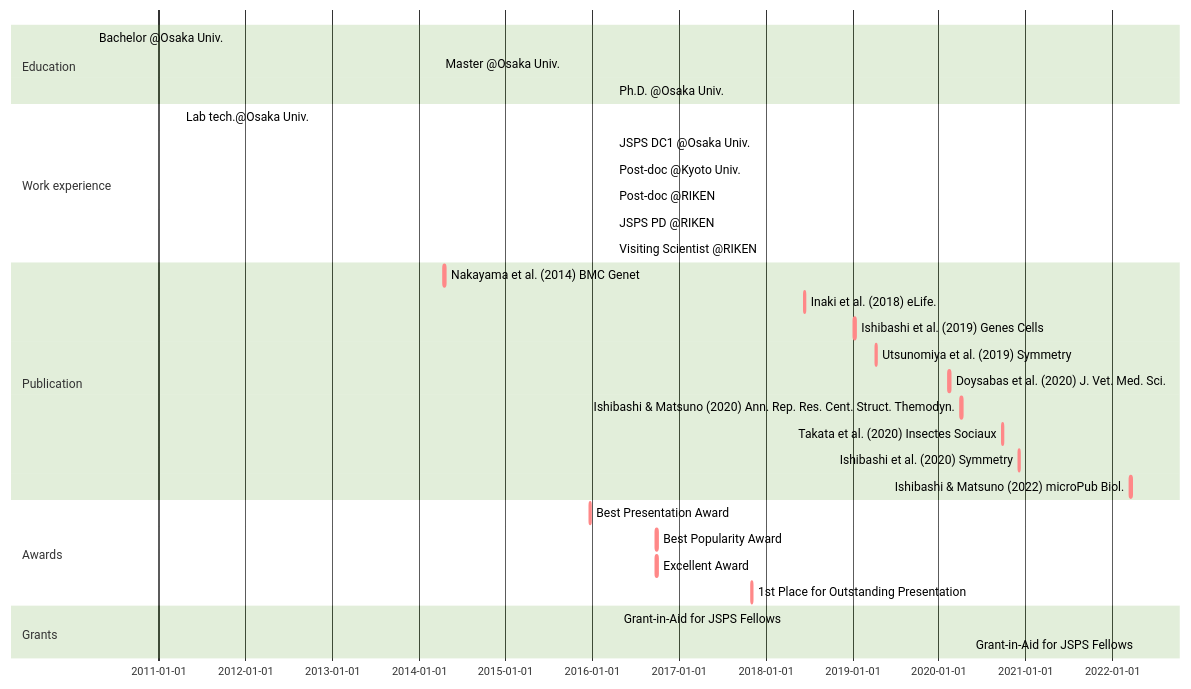
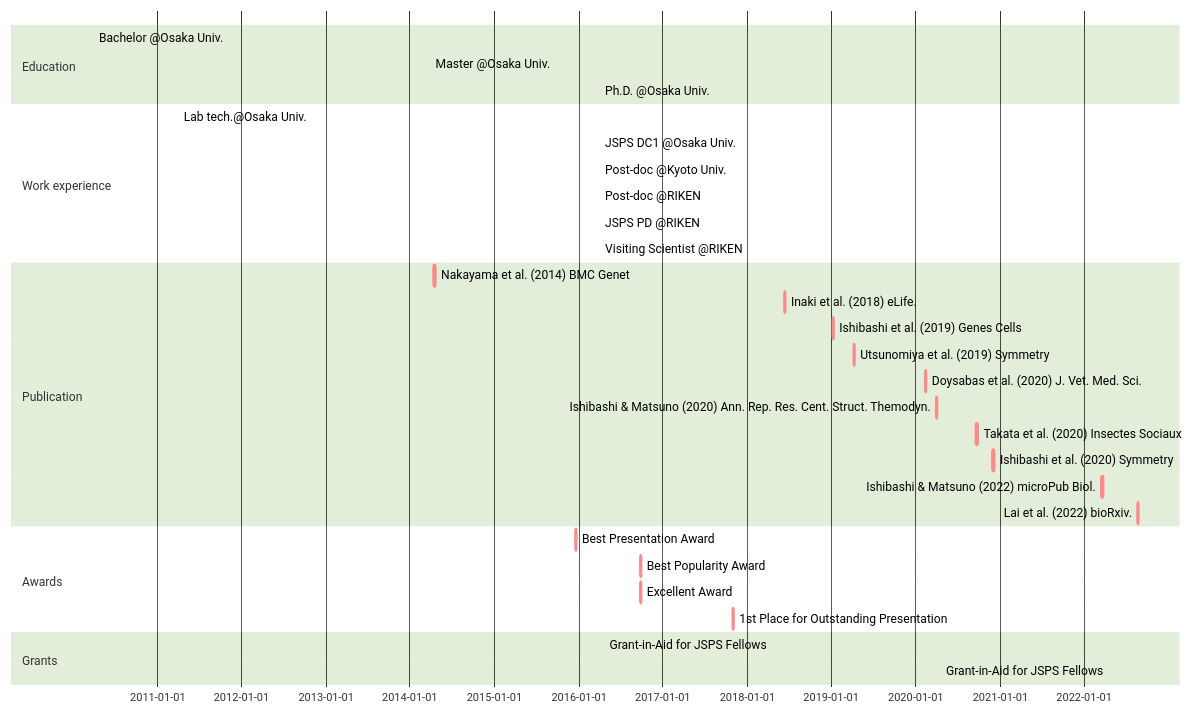
The diagram in _includes/mermaid-cv.md (ishibaki/ishibaki.github.io), drawn with Mermaid (forest theme) before and after one commit.

````diff
--- a/_includes/mermaid-cv.md
+++ b/_includes/mermaid-cv.md
@@ -1,32 +1,33 @@
 ```mermaid
 gantt
 section Education
   Bachelor @Osaka Univ. : BS, 2010-04-01, 2014-03-25
   Master @Osaka Univ.   : MS, 2014-04-01, 2016-03-28
   Ph.D. @Osaka Univ.    : Ph.D., 2016-04-01, 2019-03-25
 section Work experience
   Lab tech.@Osaka Univ.     : done, OU-tech, 2011-04-01, 2012-03-31
   JSPS DC1 @Osaka Univ.     : done, DC1, 2016-04-01, 2019-03-31
   Post-doc @Kyoto Univ.     : done, KU-postdoc, after DC1, 2021-04-30
   Post-doc @RIKEN           : done, RIKEN-postdoc, after KU-postdoc, 2022-03-31
   JSPS PD @RIKEN            : active, PD, after RIKEN-postdoc, 2025-03-31
   Visiting Scientist @RIKEN : active, PD, after RIKEN-postdoc, 2025-03-31
 section Publication
   Nakayama et al. (2014) BMC Genet          : crit, nakayama2014, 2014-04-16, 1w
   Inaki et al. (2018) eLife.                : crit, inaki2018, 2018-06-12, 1w
   Ishibashi et al. (2019) Genes Cells       : crit, ishibashi2019, 2019-01-09, 1w
   Utsunomiya et al. (2019) Symmetry         : crit, utsunomiya2019, 2019-04-08, 1w
   Doysabas et al. (2020) J. Vet. Med. Sci.  : crit, doysabas2020, 2020-02-12, 1w
   Ishibashi & Matsuno (2020) Ann. Rep. Res. Cent. Struct. Themodyn. : crit, ishibashi2020a, 2020-04-01, 1w
   Takata et al. (2020) Insectes Sociaux     : crit, takata2020, 2020-09-22, 1w
   Ishibashi et al. (2020) Symmetry          : crit, ishibashi2020b, 2020-12-02, 1w
   Ishibashi & Matsuno (2022) microPub Biol. : crit, ishibashi2022, 2022-03-18, 1w
+  Lai et al. (2022) bioRxiv. : crit, Lai2022, 2022-08-20, 1w
 section Awards
   Best Presentation Award                : crit, aw_1, 2015-12-20, 1w
   Best Popularity Award                  : crit, aw_2, 2016-09-25, 1w
   Excellent Award                        : crit, aw_3, 2016-09-25, 1w
   1st Place for Outstanding Presentation : crit, aw_4, 2017-11-01, 1w
 section Grants
   Grant-in-Aid for JSPS Fellows : done, grant_DC1, 2016-04-22, 2019-03-31
   Grant-in-Aid for JSPS Fellows : active, grant_PD, 2022-04-22, 2025-03-31
 ```
````
